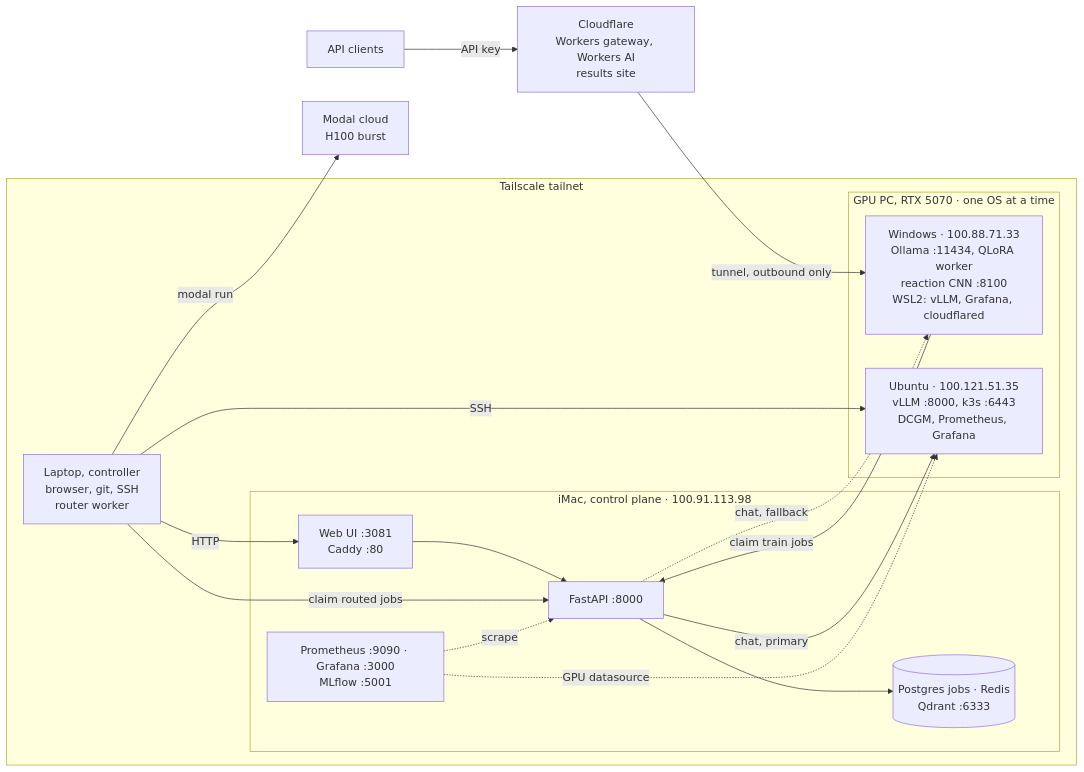
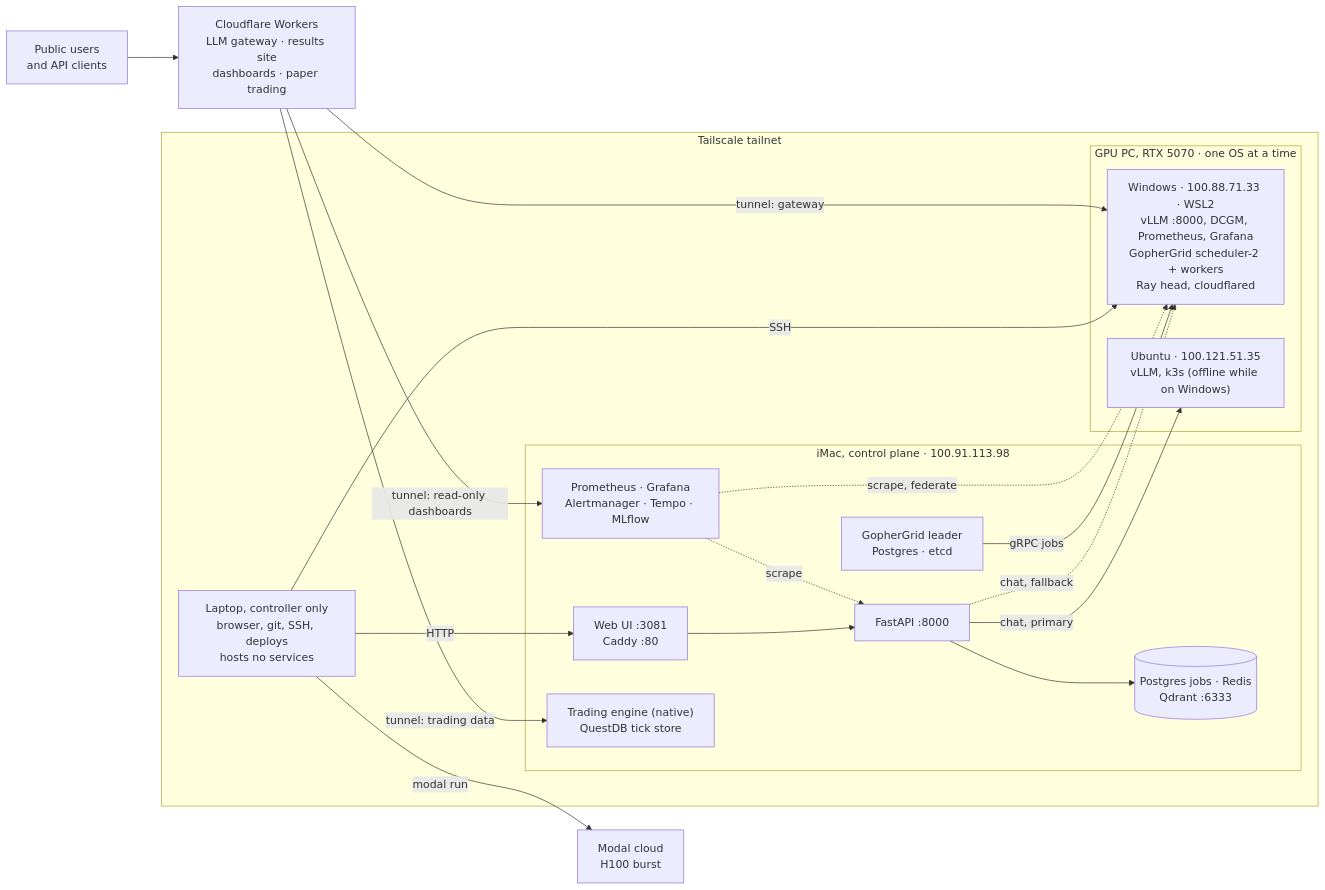
One commit to zakiscoding/homelab changed the diagram in README.md. Above: the diagram before and after it, drawn with Mermaid. The commit also changed other lines of this file, not shown here.

````diff
--- a/README.md
+++ b/README.md
@@ -27,33 +28,36 @@
 ```mermaid
 flowchart LR
   subgraph TAILNET["Tailscale tailnet"]
-    LAPTOP["Laptop, controller<br/>browser, git, SSH<br/>router worker"]
+    LAPTOP["Laptop, controller only<br/>browser, git, SSH, deploys<br/>hosts no services"]
     subgraph IMAC["iMac, control plane · 100.91.113.98"]
       WEB["Web UI :3081<br/>Caddy :80"]
       API["FastAPI :8000"]
       DATA[("Postgres jobs · Redis<br/>Qdrant :6333")]
-      MON["Prometheus :9090 · Grafana :3000<br/>MLflow :5001"]
+      MON["Prometheus · Grafana<br/>Alertmanager · Tempo · MLflow"]
+      GGI["GopherGrid leader<br/>Postgres · etcd"]
+      LLE["Trading engine (native)<br/>QuestDB tick store"]
     end
     subgraph GPUPC["GPU PC, RTX 5070 · one OS at a time"]
-      WIN["Windows · 100.88.71.33<br/>Ollama :11434, QLoRA worker<br/>reaction CNN :8100<br/>WSL2: vLLM, Grafana, cloudflared"]
-      UBU["Ubuntu · 100.121.51.35<br/>vLLM :8000, k3s :6443<br/>DCGM, Prometheus, Grafana"]
+      WIN["Windows · 100.88.71.33 · WSL2<br/>vLLM :8000, DCGM, Prometheus, Grafana<br/>GopherGrid scheduler-2 + workers<br/>Ray head, cloudflared"]
+      UBU["Ubuntu · 100.121.51.35<br/>vLLM, k3s (offline while on Windows)"]
     end
   end
   MODAL["Modal cloud<br/>H100 burst"]
-  CF["Cloudflare<br/>Workers gateway, Workers AI<br/>results site"]
-  CLIENT["API clients"]
+  CF["Cloudflare Workers<br/>LLM gateway · results site<br/>dashboards · paper trading"]
+  CLIENT["Public users<br/>and API clients"]
 
   LAPTOP -->|"HTTP"| WEB
   WEB --> API
   API --> DATA
   API -->|"chat, primary"| UBU
   API -.->|"chat, fallback"| WIN
-  WIN -->|"claim train jobs"| API
-  LAPTOP -->|"claim routed jobs"| API
-  LAPTOP -->|"SSH"| UBU
+  GGI -->|"gRPC jobs"| WIN
+  LAPTOP -->|"SSH"| WIN
   LAPTOP -->|"modal run"| MODAL
   MON -.->|"scrape"| API
-  MON -.->|"GPU datasource"| UBU
-  CLIENT -->|"API key"| CF
-  CF -->|"tunnel, outbound only"| WIN
+  MON -.->|"scrape, federate"| WIN
+  CLIENT --> CF
+  CF -->|"tunnel: gateway"| WIN
+  CF -->|"tunnel: trading data"| LLE
+  CF -->|"tunnel: read-only dashboards"| MON
 ```
````
